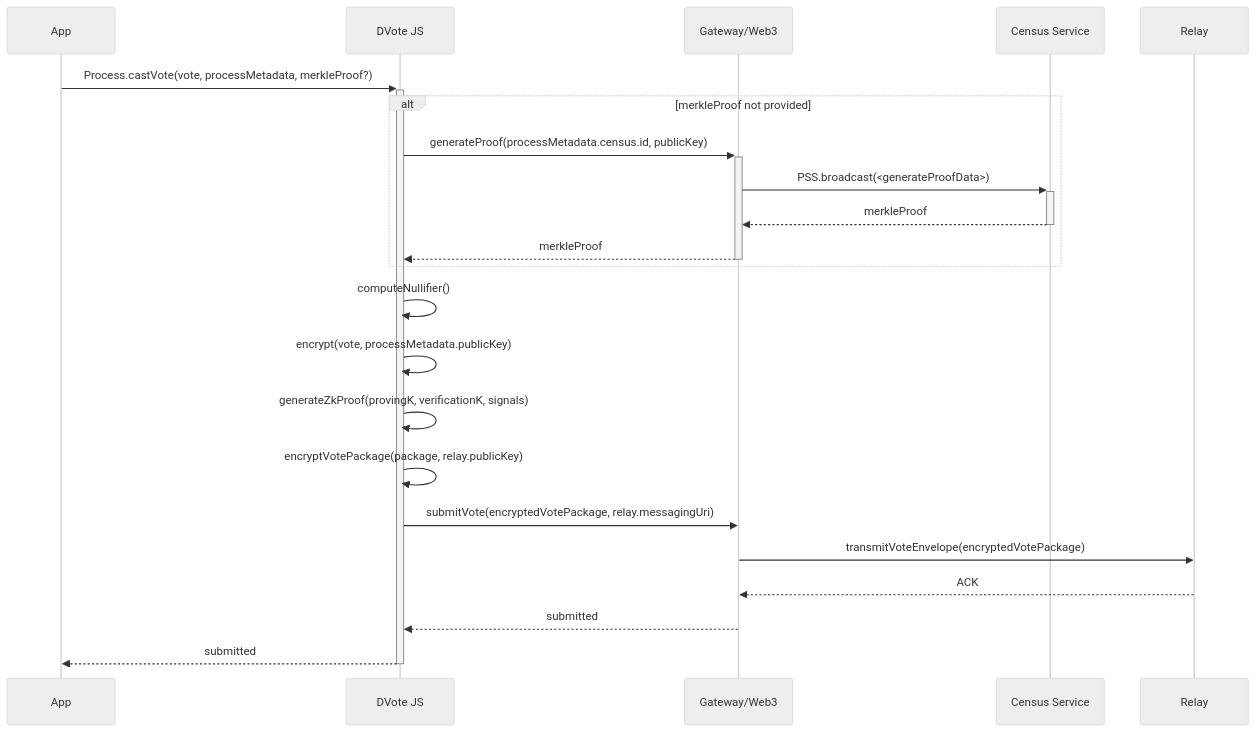
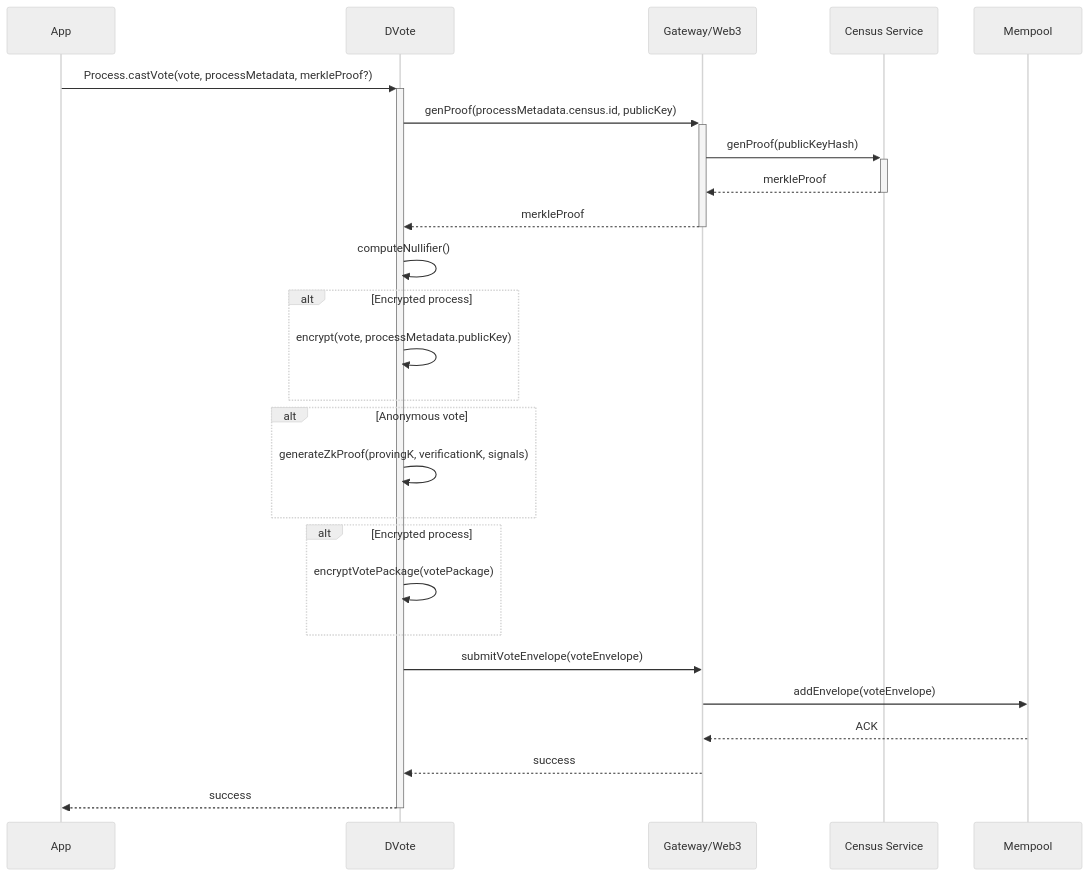
The seventh of 10 diagrams in docs/architecture/sequence-diagrams.md (vocdoni/docs), drawn with Mermaid (neutral theme) before and after one commit. The commit also changed other lines of this file, not shown here.

Commit message:
Sequence diagrams

````diff
--- a/docs/architecture/sequence-diagrams.md
+++ b/docs/architecture/sequence-diagrams.md
@@ -281,39 +272,41 @@
 ```mermaid
 sequenceDiagram
 
     participant App
-    participant DV as DVote JS
+    participant DV as DVote
     participant GW as Gateway/Web3
     participant CS as Census Service
-    participant RL as Relay
+    participant MP as Mempool
 
     App->>+DV: Process.castVote(vote, processMetadata, merkleProof?)
 
-        alt merkleProof not provided
+        DV->>+GW: genProof(processMetadata.census.id, publicKey)
 
-            DV->>+GW: generateProof(processMetadata.census.id, publicKey)
-
-            GW->>+CS: PSS.broadcast(#60;generateProofData#62;)
+            GW->>+CS: genProof(publicKeyHash)
             CS-->>-GW: merkleProof
 
-            GW-->>-DV: merkleProof
-
-        end
+        GW-->>-DV: merkleProof
 
         DV->>DV: computeNullifier()
 
-        DV->>DV: encrypt(vote, processMetadata.publicKey)
+        alt Encrypted process
+            DV->>DV: encrypt(vote, processMetadata.publicKey)
+        end
 
-        DV->>DV: generateZkProof(provingK, verificationK, signals)
+        alt Anonymous vote
+            DV->>DV: generateZkProof(provingK, verificationK, signals)
+        end
 
-        DV->>DV: encryptVotePackage(package, relay.publicKey)
+        alt Encrypted process
+            DV->>DV: encryptVotePackage(votePackage)
+        end
 
-        DV->>GW: submitVote(encryptedVotePackage, relay.messagingUri)
+        DV->>GW: submitVoteEnvelope(voteEnvelope)
 
-            GW->>RL: transmitVoteEnvelope(encryptedVotePackage)
-            RL-->>GW: ACK
+            GW->>MP: addEnvelope(voteEnvelope)
+            MP-->>GW: ACK
 
-        GW-->>DV: submitted
+        GW-->>DV: success
 
-    DV-->>-App: submitted
+    DV-->>-App: success
 ```
````
